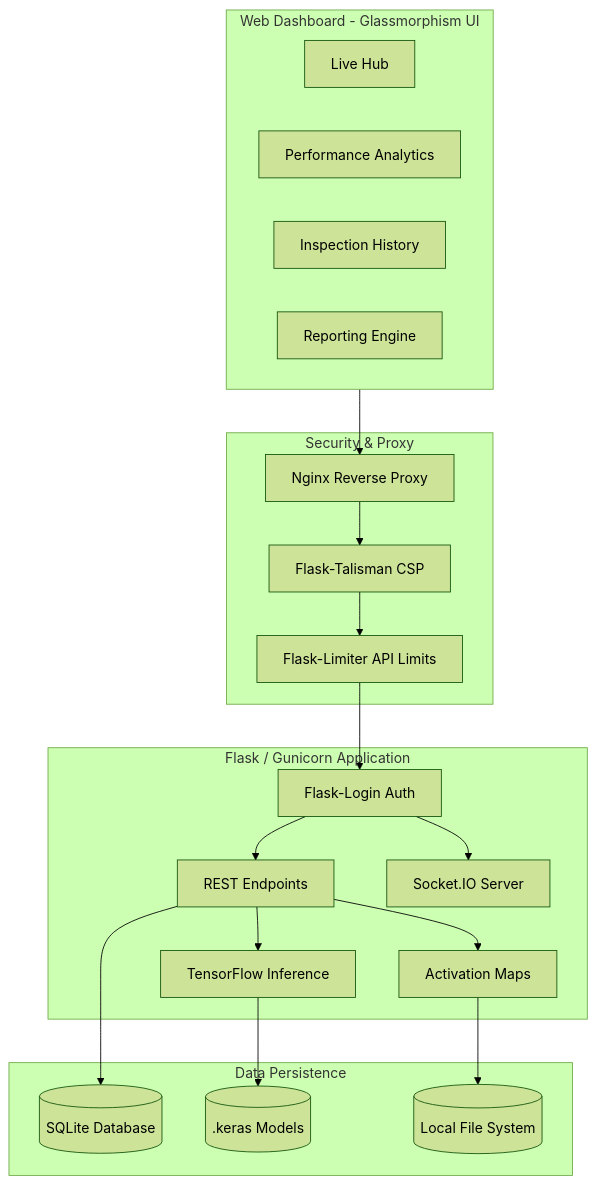
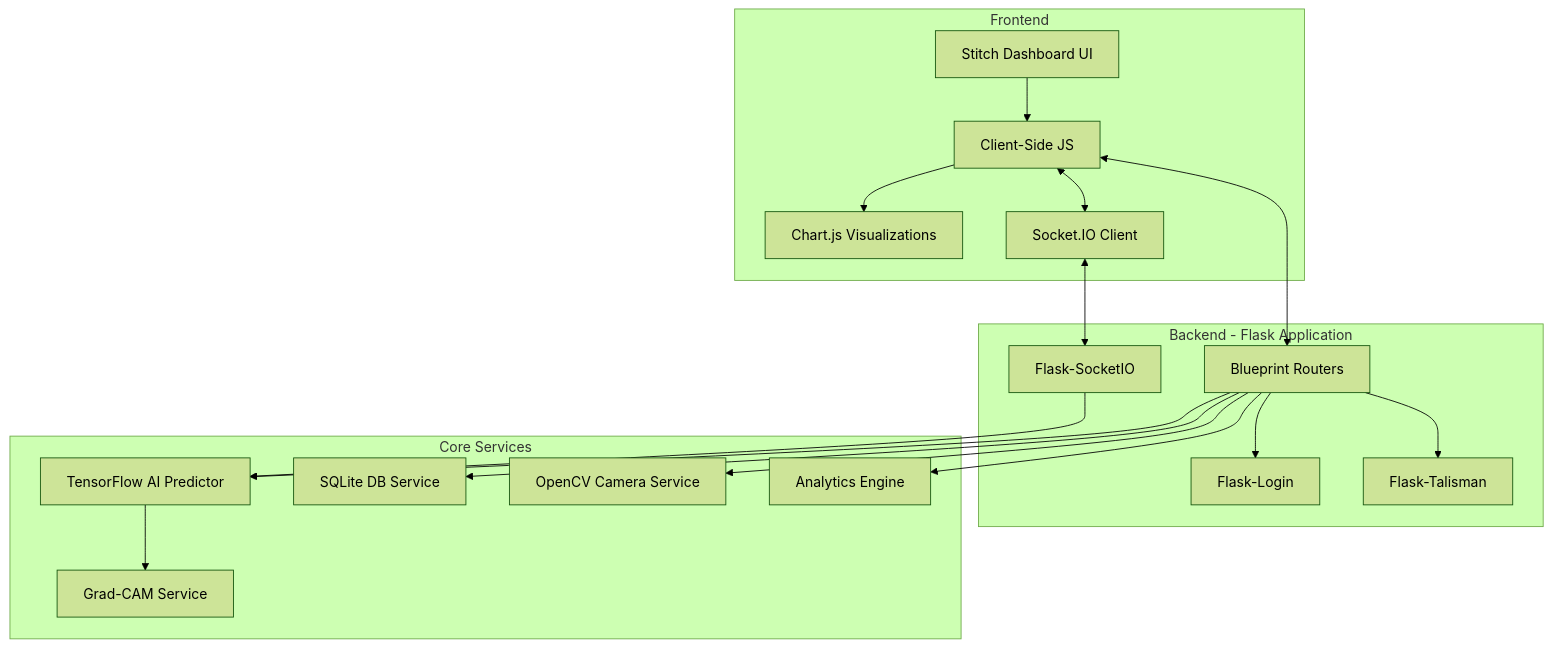
The diagram in README.md (JiphinGeorge/SmartCam-AI---Industrial-Quality-Control-System), drawn with Mermaid (forest theme) before and after one commit. The commit also changed other lines of this file and 3 other files, not shown here.

Commit message:
feat: add analytics dashboard script, initialize app module, and clear stale QA report data.

````diff
--- a/README.md
+++ b/README.md
@@ -65,47 +21,43 @@
 ```mermaid
 graph TD
-    %% Frontend Layer
-    subgraph Frontend [Web Dashboard - Glassmorphism UI]
-        Dashboard[Live Hub]
-        Analytics[Performance Analytics]
-        History[Inspection History]
-        Reports[Reporting Engine]
+    %% Architecture Diagram
+    subgraph Frontend
+        UI[Stitch Dashboard UI]
+        JS[Client-Side JS]
+        Charts[Chart.js Visualizations]
+        Sockets[Socket.IO Client]
+        
+        UI --> JS
+        JS --> Charts
+        JS <--> Sockets
     end
 
-    %% Security & Network
-    subgraph Network [Security & Proxy]
-        Nginx[Nginx Reverse Proxy]
-        Talisman[Flask-Talisman CSP]
-        Limiter[Flask-Limiter API Limits]
+    subgraph Backend - Flask Application
+        Router[Blueprint Routers]
+        Auth[Flask-Login]
+        Security[Flask-Talisman]
+        WSServer[Flask-SocketIO]
+        
+        Router --> Auth
+        Router --> Security
     end
 
-    %% Backend Layer
-    subgraph Backend [Flask / Gunicorn Application]
-        Auth[Flask-Login Auth]
-        API[REST Endpoints]
-        WS[Socket.IO Server]
-        Predictor[TensorFlow Inference]
-        GradCAM[Activation Maps]
+    subgraph Core Services
+        Predictor[TensorFlow AI Predictor]
+        GradCam[Grad-CAM Service]
+        Database[SQLite DB Service]
+        Camera[OpenCV Camera Service]
+        Analytics[Analytics Engine]
     end
-
-    %% Storage Layer
-    subgraph Persistence [Data Persistence]
-        SQLite[(SQLite Database)]
-        Models[(.keras Models)]
-        FS[(Local File System)]
-    end
-
-    Frontend --> Nginx
-    Nginx --> Talisman
-    Talisman --> Limiter
-    Limiter --> Auth
-    Auth --> API
-    Auth --> WS
     
-    API --> Predictor
-    Predictor --> Models
-    API --> GradCAM
+    %% Connections
+    JS <--> Router
+    Sockets <--> WSServer
     
-    API --> SQLite
-    GradCAM --> FS
+    Router --> Predictor
+    Router --> Database
+    Router --> Analytics
+    Router --> Camera
+    WSServer --> Predictor
+    Predictor --> GradCam
 ```
````
